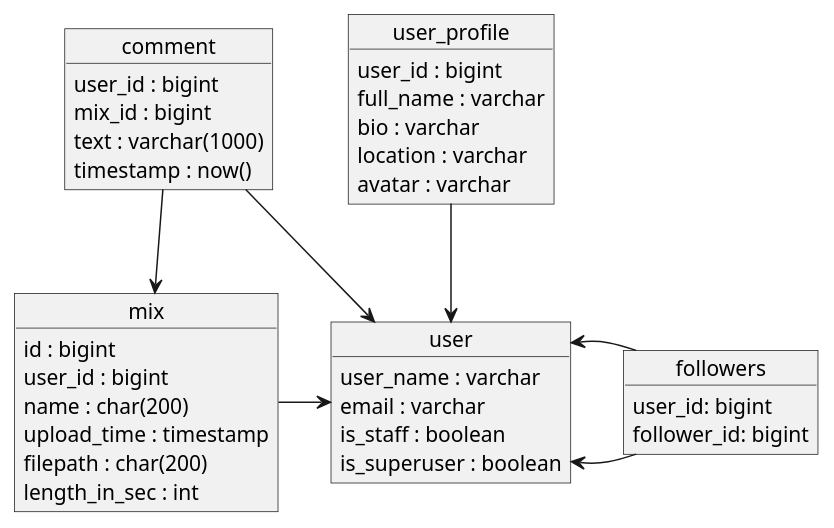
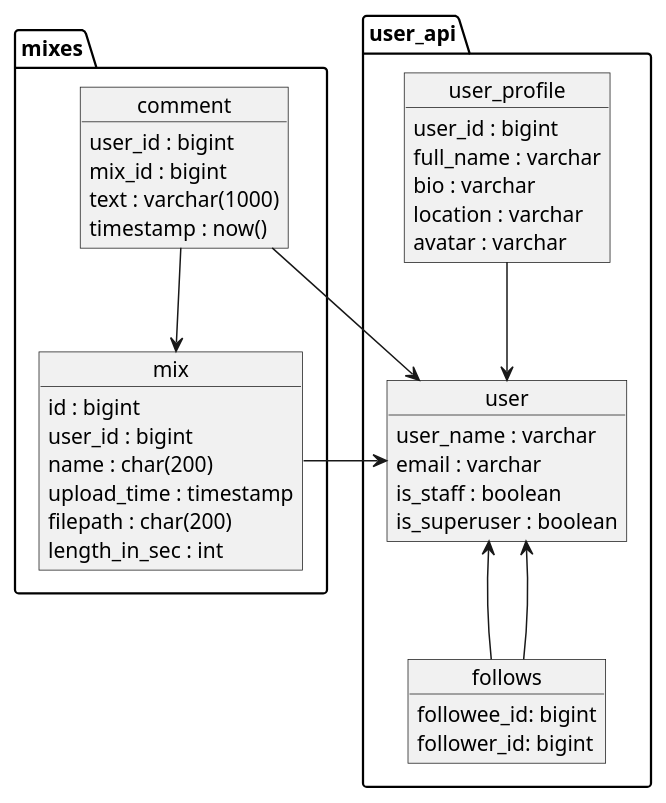
The diagram in backend/docs/data_schema.plantuml (senorfelipe/mix-share), drawn with PlantUML before and after one commit. The commit also changed 13 other files, not shown here.

```diff
--- a/backend/docs/data_schema.plantuml
+++ b/backend/docs/data_schema.plantuml
@@ -1,50 +1,58 @@
 @startuml database
-object mix {
-    id : bigint
-    user_id : bigint
-    name : char(200)
-    upload_time : timestamp
-    filepath : char(200) 
-    length_in_sec : int
+
+
+package user_api {
+    object user {
+        user_name : varchar
+        email : varchar
+        is_staff : boolean
+        is_superuser : boolean
+    }
+    object user_profile {
+        user_id : bigint
+        full_name : varchar
+        bio : varchar
+        location : varchar
+        avatar : varchar
+    }
+
+    object follows {
+        followee_id: bigint
+        follower_id: bigint
+    }
 }
 
-object user {
-    user_name : varchar
-    email : varchar
-    is_staff : boolean
-    is_superuser : boolean
-}
+package mixes {
 
-object user_profile {
-    user_id : bigint
-    full_name : varchar
-    bio : varchar
-    location : varchar
-    avatar : varchar
-}
+    object mix {
+        id : bigint
+        user_id : bigint
+        name : char(200)
+        upload_time : timestamp
+        filepath : char(200)
+        length_in_sec : int
+    }
 
-object comment {
-    user_id : bigint
-    mix_id : bigint
-    text : varchar(1000)
-    timestamp : now()
-}
+    object comment {
+        user_id : bigint
+        mix_id : bigint
+        text : varchar(1000)
+        timestamp : now()
+    }
 
-object followers {
-    user_id: bigint
-    follower_id: bigint
+
+
 }
 
 
 
 
 
-
-user <- followers
-user <- followers
+user <-- follows
+user <-- follows
 mix -> user
 user_profile --> user
 comment --> user
 comment --> mix
 
 @enduml
```
